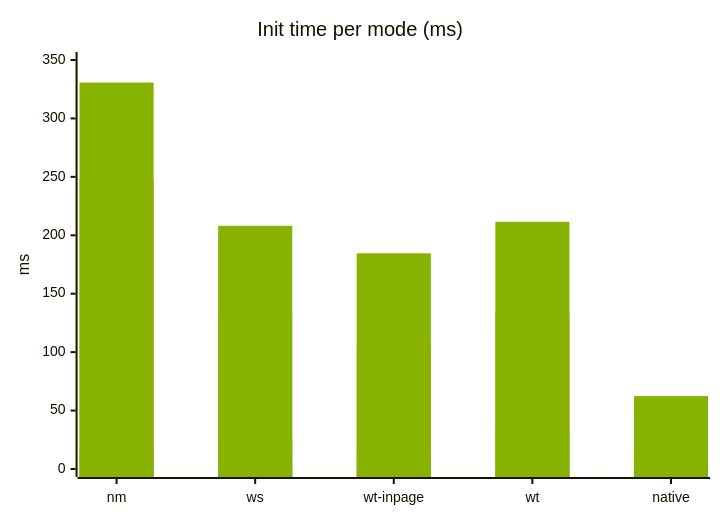
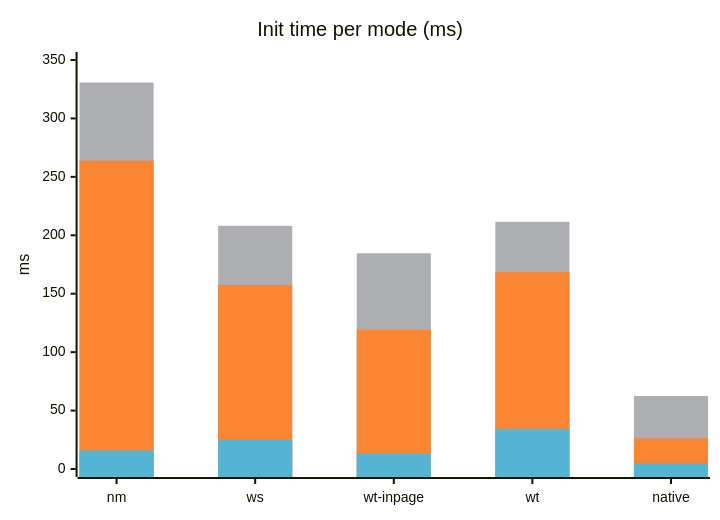
Before and after one commit to K4zoku/FF-WebHID: the first of 6 diagrams in docs/BENCHMARK.md, drawn with Mermaid. The commit also changed other lines of this file, not shown here.

Commit message:
docs: fix stacked bar chart

````diff
--- a/docs/BENCHMARK.md
+++ b/docs/BENCHMARK.md
@@ -119,15 +120,15 @@
 ```mermaid
 ---
 config:
   themeVariables:
     xyChart:
-      plotColorPalette: '#55b4d4, #fa8532, #86b300'
+      plotColorPalette: '#ADAEB1, #fa8532, #55b4d4'
 ---
 xychart
     title "Init time per mode (ms)"
     x-axis [nm, ws, wt-inpage, wt, native]
     y-axis "ms" 0 --> 350
+    bar "total" [330.7, 208.1, 184.6, 211.5, 62.4]
+    bar "warmup" [263.9, 157.6, 119.2, 168.5, 26.2]
     bar "open" [15.9, 25.6, 13.2, 34.5, 5.2]
-    bar "warmup" [248.0, 132.0, 106.0, 134.0, 21.0]
-    bar "total" [330.7, 208.1, 184.6, 211.5, 62.4]
 ```
````
